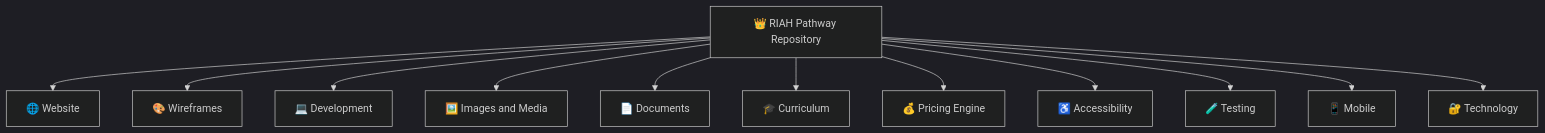
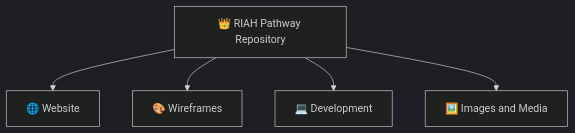
The second of 16 diagrams in README.md (RIAHPathway/Website), drawn with Mermaid (dark theme) before and after one commit. The commit also changed other lines of this file, not shown here.

Commit message:
Split main README Mermaid diagrams for readability

````diff
--- a/README.md
+++ b/README.md
@@ -162,16 +164,9 @@
 ```mermaid
 flowchart TD
     A[👑 RIAH Pathway Repository]
 
     A --> B[🌐 Website]
     A --> C[🎨 Wireframes]
     A --> D[💻 Development]
     A --> E[🖼️ Images and Media]
-    A --> F[📄 Documents]
-    A --> G[🎓 Curriculum]
-    A --> H[💰 Pricing Engine]
-    A --> I[♿ Accessibility]
-    A --> J[🧪 Testing]
-    A --> K[📱 Mobile]
-    A --> L[🔐 Technology]
 ```
````
